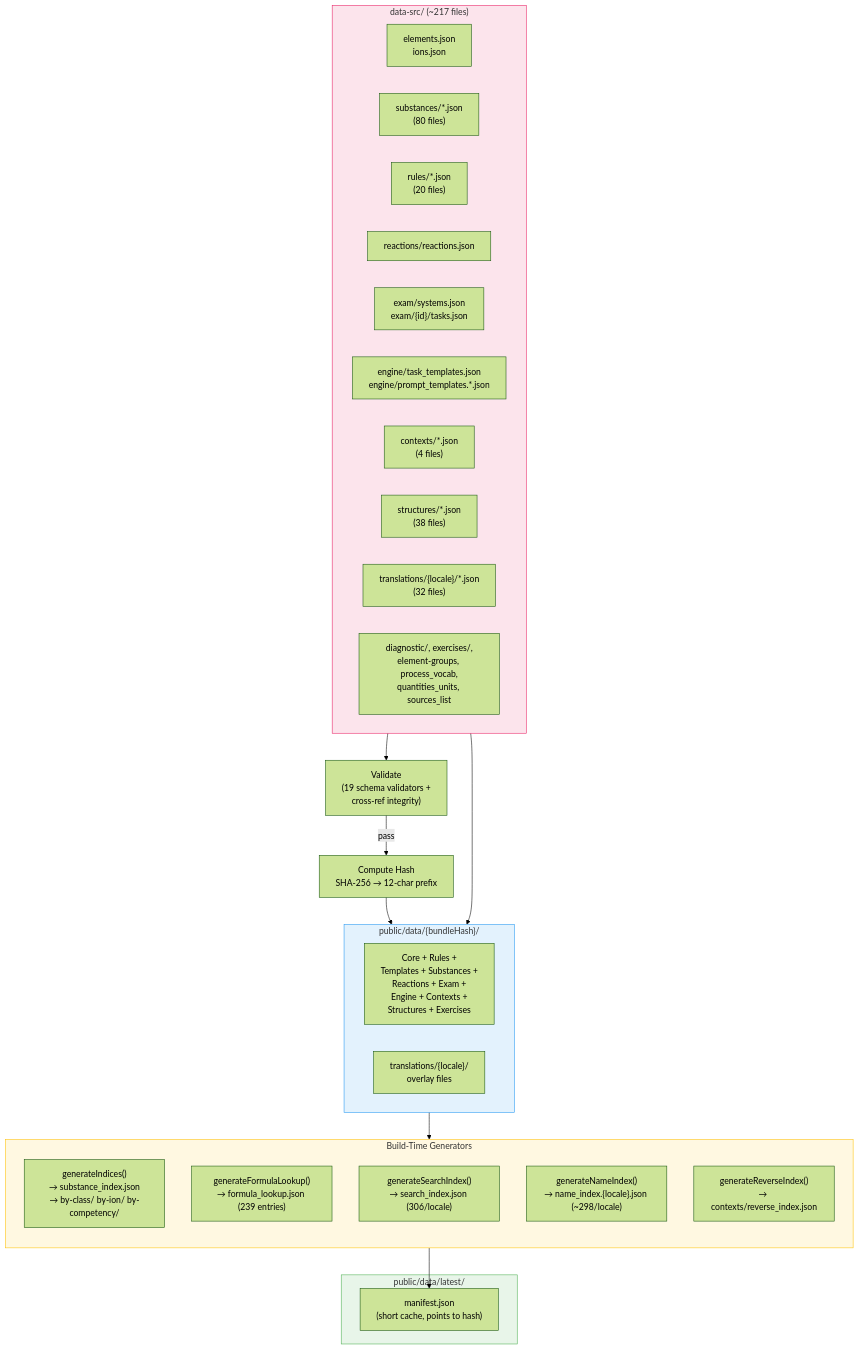
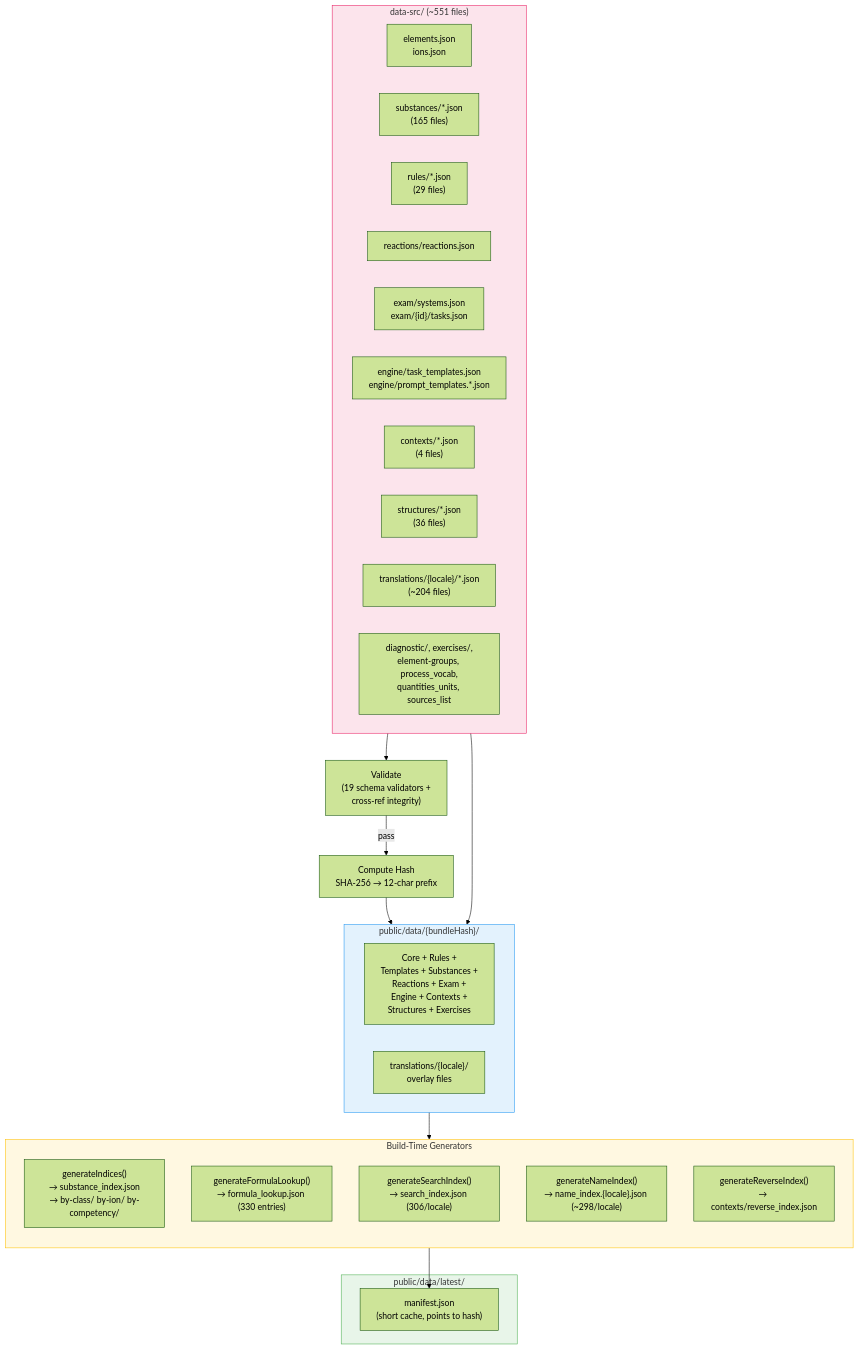
One commit to dronsv/chemistry-no-magic changed the fourth of 10 diagrams in docs/ontology-map.md. Above: the diagram before and after it, drawn with Mermaid (forest theme). The commit also changed other lines of this file, not shown here.

````diff
--- a/docs/ontology-map.md
+++ b/docs/ontology-map.md
@@ -332,50 +332,50 @@
 ```mermaid
 flowchart TB
-    subgraph Source["data-src/ (~217 files)"]
+    subgraph Source["data-src/ (~551 files)"]
         direction LR
         S_CORE["elements.json<br/>ions.json"]
-        S_SUBS["substances/*.json<br/>(80 files)"]
-        S_RULES["rules/*.json<br/>(20 files)"]
+        S_SUBS["substances/*.json<br/>(165 files)"]
+        S_RULES["rules/*.json<br/>(29 files)"]
         S_RX["reactions/reactions.json"]
         S_EXAM["exam/systems.json<br/>exam/{id}/tasks.json"]
         S_ENGINE["engine/task_templates.json<br/>engine/prompt_templates.*.json"]
         S_CTX["contexts/*.json<br/>(4 files)"]
-        S_STRUCT["structures/*.json<br/>(38 files)"]
-        S_TRANS["translations/{locale}/*.json<br/>(32 files)"]
+        S_STRUCT["structures/*.json<br/>(36 files)"]
+        S_TRANS["translations/{locale}/*.json<br/>(~204 files)"]
         S_OTHER["diagnostic/, exercises/,<br/>element-groups, process_vocab,<br/>quantities_units, sources_list"]
     end
 
     VALIDATE["Validate<br/>(19 schema validators +<br/>cross-ref integrity)"]
     HASH["Compute Hash<br/>SHA-256 → 12-char prefix"]
 
     subgraph Bundle["public/data/{bundleHash}/"]
         direction LR
         B_DATA["Core + Rules +<br/>Templates + Substances +<br/>Reactions + Exam +<br/>Engine + Contexts +<br/>Structures + Exercises"]
         B_TRANS["translations/{locale}/<br/>overlay files"]
     end
 
     subgraph Generators["Build-Time Generators"]
         direction TB
         G_IDX["generateIndices()<br/>→ substance_index.json<br/>→ by-class/ by-ion/ by-competency/"]
-        G_FORM["generateFormulaLookup()<br/>→ formula_lookup.json (239 entries)"]
+        G_FORM["generateFormulaLookup()<br/>→ formula_lookup.json (330 entries)"]
         G_SEARCH["generateSearchIndex()<br/>→ search_index.json (306/locale)"]
         G_NAME["generateNameIndex()<br/>→ name_index.{locale}.json (~298/locale)"]
         G_REV["generateReverseIndex()<br/>→ contexts/reverse_index.json"]
     end
 
     subgraph Output["public/data/latest/"]
         MANIFEST["manifest.json<br/>(short cache, points to hash)"]
     end
 
     Source --> VALIDATE
     VALIDATE -->|pass| HASH
     HASH --> Bundle
     Bundle --> Generators
     S_TRANS --> B_TRANS
     Generators --> MANIFEST
 
     style Source fill:#fce4ec,stroke:#e91e63
     style Bundle fill:#e3f2fd,stroke:#2196f3
     style Generators fill:#fff8e1,stroke:#ffc107
     style Output fill:#e8f5e9,stroke:#4caf50
 ```
````
